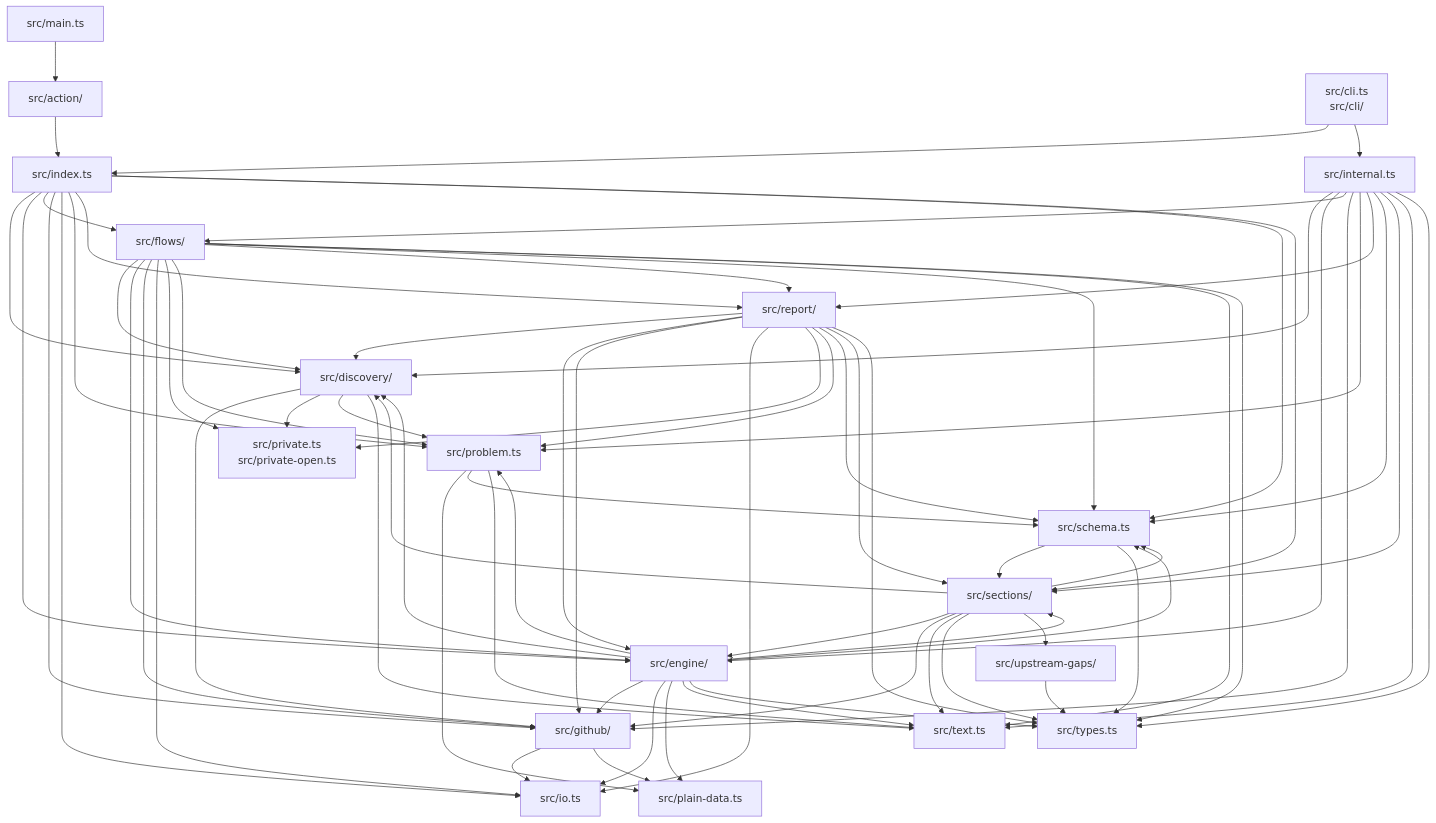
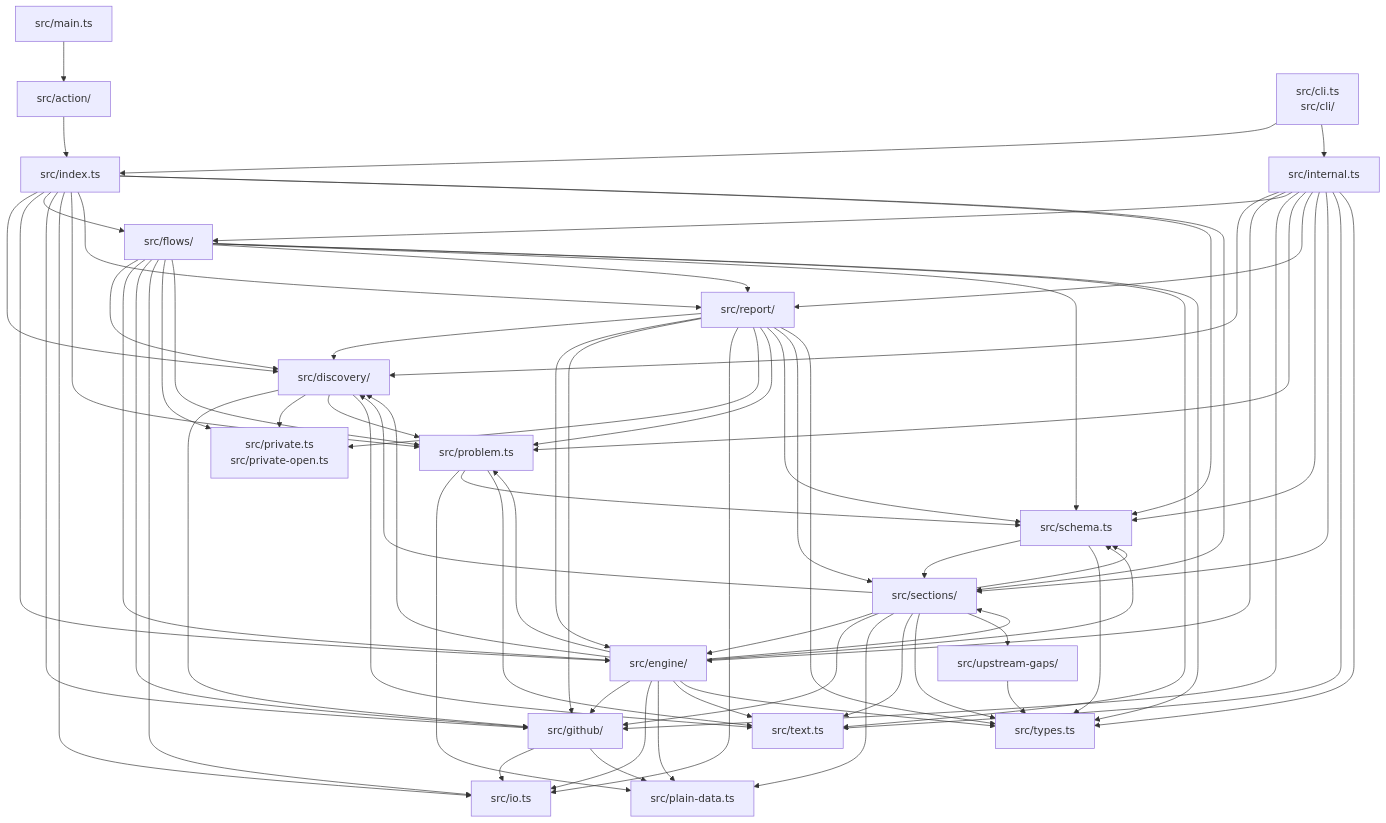
One commit to Vivswan/github-settings-as-code changed the ninth of 9 diagrams in docs/reference/architecture.md. Above: the diagram before and after it, drawn with Mermaid. The commit also changed 17 other files, not shown here.

```diff
--- a/docs/reference/architecture.md
+++ b/docs/reference/architecture.md
@@ -372,6 +372,7 @@
   sections --> discovery
   sections --> engine
   sections --> github
+  sections --> plain_data
   sections --> schema
   sections --> text
   sections --> types
```
